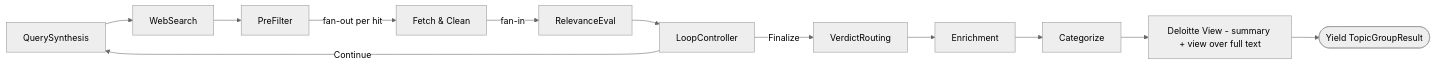
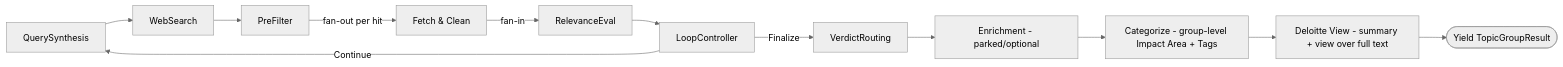
The diagram in docs/maf-executor-design.md (ctjoumas/agentic-rag-scanner), drawn with Mermaid (neutral theme) before and after one commit. The commit also changed 1 other file, not shown here.

````diff
--- a/docs/maf-executor-design.md
+++ b/docs/maf-executor-design.md
@@ -52,14 +52,14 @@
 ```mermaid
 flowchart LR
     QS[QuerySynthesis] --> WS[WebSearch]
     WS --> PF[PreFilter]
     PF -->|fan-out per hit| FC[Fetch & Clean]
     FC -->|fan-in| RE[RelevanceEval]
     RE --> LC[LoopController]
     LC -->|Continue| QS
     LC -->|Finalize| VR[VerdictRouting]
-    VR --> EN[Enrichment]
-    EN --> CAT[Categorize]
+    VR --> EN[Enrichment - parked/optional]
+    EN --> CAT[Categorize - group-level Impact Area + Tags]
     CAT --> DV[Deloitte View - summary + view over full text]
     DV --> OUT([Yield TopicGroupResult])
 ```
````
